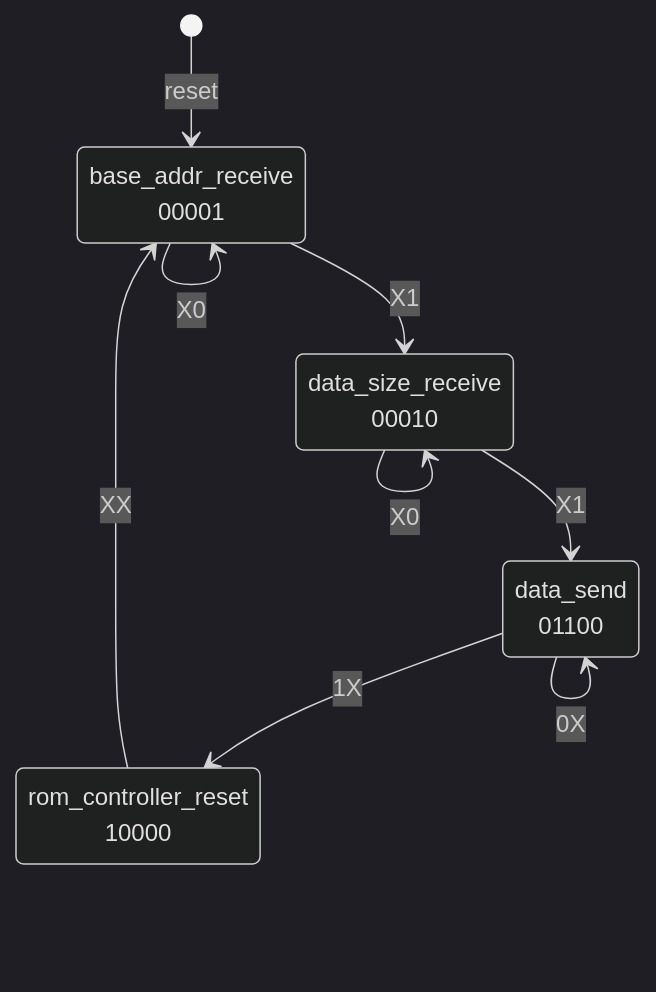
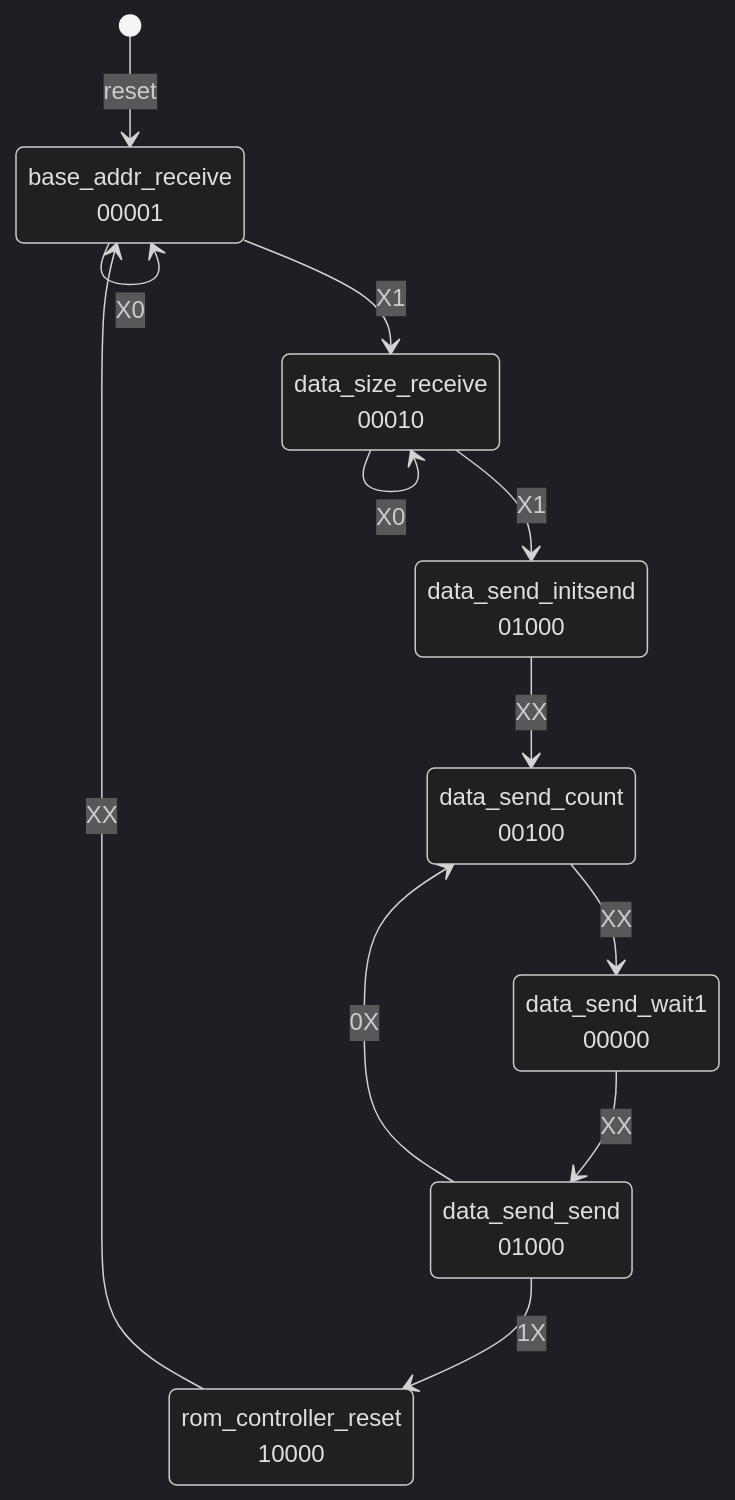
One commit to terapotan/NC16 changed the diagram in doc/ROM_Controller_Specification.md. Above: the diagram before and after it, drawn with Mermaid (dark theme). The commit also changed other lines of this file and 9 other files, not shown here.

````diff
--- a/doc/ROM_Controller_Specification.md
+++ b/doc/ROM_Controller_Specification.md
@@ -75,12 +75,20 @@
 ```mermaid
 stateDiagram-v2
 [*] --> base_addr_receive<br>00001 : reset
 base_addr_receive<br>00001 --> base_addr_receive<br>00001 : X0
 base_addr_receive<br>00001 --> data_size_receive<br>00010 : X1
 data_size_receive<br>00010 --> data_size_receive<br>00010 : X0
-data_size_receive<br>00010 --> data_send<br>01100 : X1
+data_size_receive<br>00010 --> data_send_initsend<br>01000 : X1
+data_send_initsend<br>01000 --> data_send_count<br>00100 :XX
 
-data_send<br>01100 --> data_send<br>01100 : 0X
-data_send<br>01100 --> rom_controller_reset<br>10000 :1X
+data_send_send<br>01000 --> data_send_count<br>00100 : 0X
+data_send_count<br>00100 --> data_send_wait1<br>00000 :XX
+
+data_send_wait1<br>00000 --> data_send_send<br>01000 : XX
+
+
+
+data_send_send<br>01000 --> 
+rom_controller_reset<br>10000 :1X
 rom_controller_reset<br>10000 --> base_addr_receive<br>00001 :XX
 ```
````
